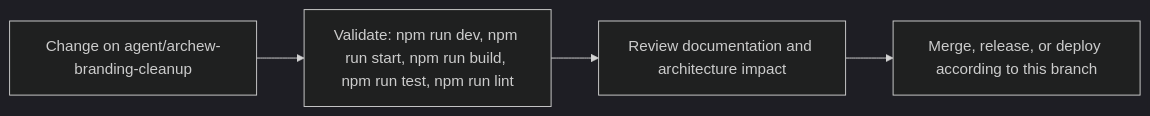
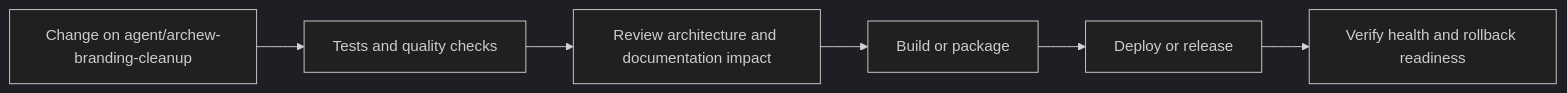
The sixth of 7 diagrams in README.md (Nischhalsubba/BindForge-NW), drawn with Mermaid (dark theme) before and after one commit. The commit also changed other lines of this file, not shown here.

````diff
--- a/README.md
+++ b/README.md
@@ -88,8 +198,8 @@
 ```mermaid
 flowchart LR
-    CHANGE["Change on agent/archew-branding-cleanup"]
-    CHECK["Validate: npm run dev, npm run start, npm run build, npm run test, npm run lint"]
-    REVIEW["Review documentation and architecture impact"]
-    RELEASE["Merge, release, or deploy according to this branch"]
-    CHANGE --> CHECK --> REVIEW --> RELEASE
+    CHANGE["Change on agent/archew-branding-cleanup"] --> CHECK["Tests and quality checks"]
+    CHECK --> REVIEW["Review architecture and documentation impact"]
+    REVIEW --> BUILD["Build or package"]
+    BUILD --> DEPLOY["Deploy or release"]
+    DEPLOY --> VERIFY["Verify health and rollback readiness"]
 ```
````
